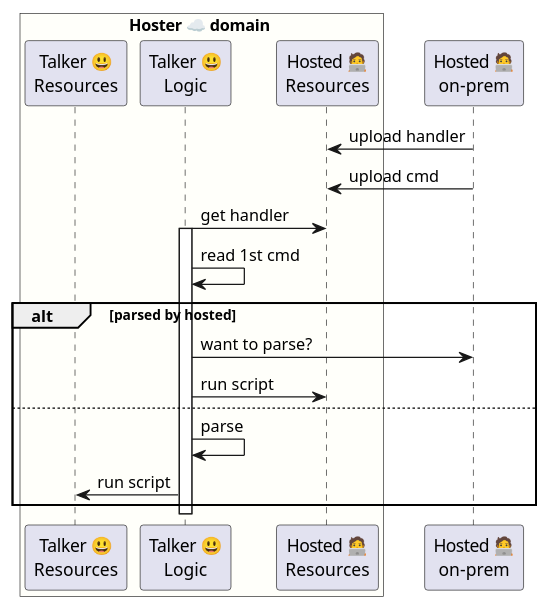
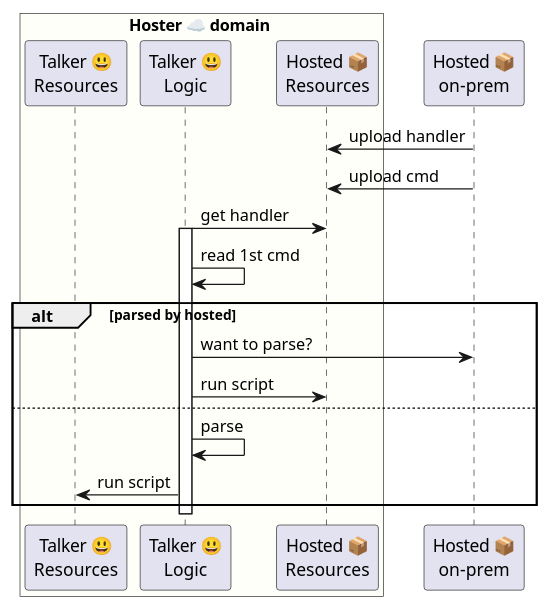
One commit to pollyweb-org/pollyweb-docs changed the diagram in 4 ⚙️ Solution/35 💬 Chats/Talkers 😃/😃⏩ Talker flows/Custom Cmds 😃⏩📦/⌘ Custom Cmds ⚙️ uml.puml. Above: the diagram before and after it, drawn with PlantUML. The commit also changed 21 other files, not shown here.

```diff
--- a/4 ⚙️ Solution/35 💬 Chats/Talkers 😃/😃⏩ Talker flows/Custom Cmds 😃⏩📦/⌘ Custom Cmds ⚙️ uml.puml
+++ b/4 ⚙️ Solution/35 💬 Chats/Talkers 😃/😃⏩ Talker flows/Custom Cmds 😃⏩📦/⌘ Custom Cmds ⚙️ uml.puml
@@ -1,26 +1,26 @@
 @startuml Handle
 
 box Hoster ☁️ domain #FFFFFA
     participant "Talker 😃\nResources" as back
     participant "Talker 😃\nLogic" as talker
-    participant "Hosted 🧑‍💻\nResources" as hoster
+    participant "Hosted 📦\nResources" as hoster
 end box
-participant "Hosted 🧑‍💻\non-prem" as hosted
+participant "Hosted 📦\non-prem" as hosted
 
 hosted -> hoster: upload handler
 hosted -> hoster: upload cmd
 
 talker -> hoster: get handler
 activate talker
 talker -> talker: read 1st cmd
 alt parsed by hosted
     talker -> hosted: want to parse?
     talker -> hoster: run script
 else 
     talker -> talker: parse
     talker -> back: run script
 end if
 
 deactivate talker
 
 @enduml
```
